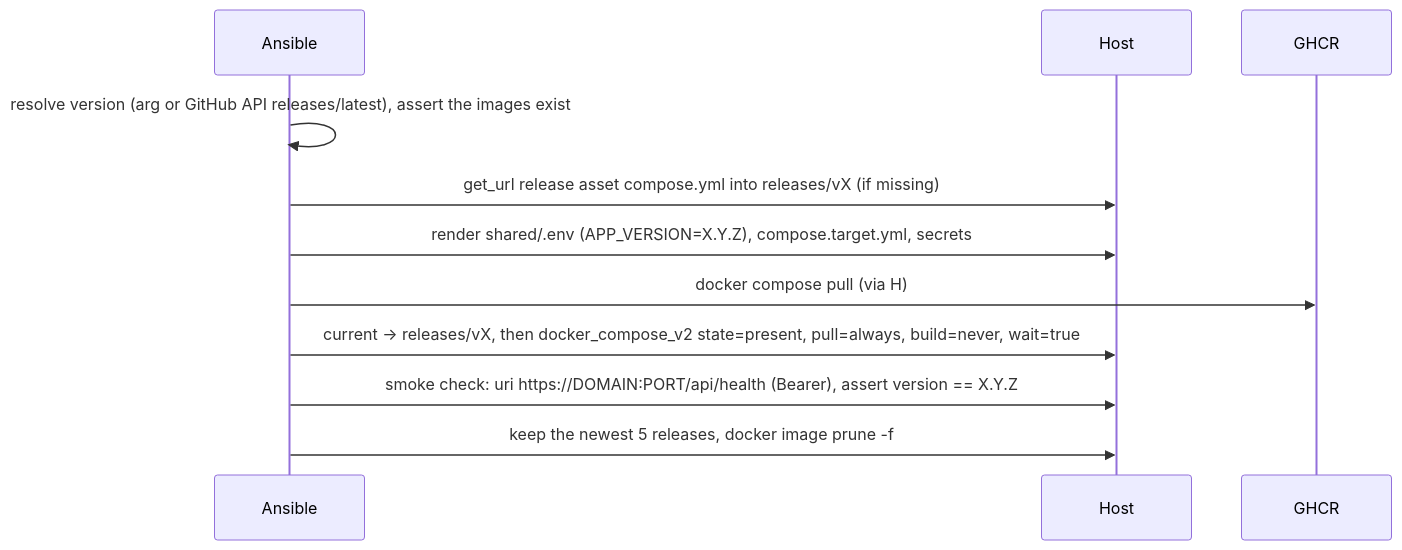
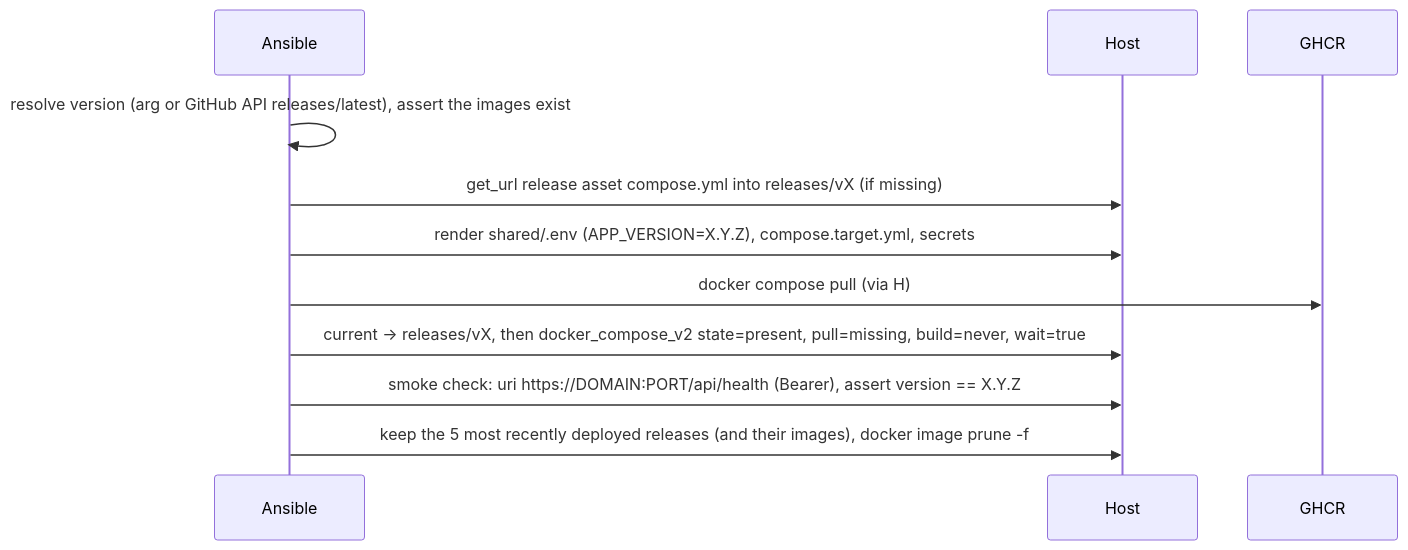
Before and after one commit to tillg/karpathy.ai: the fourth of 4 diagrams in specs/07_deployments/architecture.md, drawn with Mermaid. The commit also changed 15 other files, not shown here.

````diff
--- a/specs/07_deployments/architecture.md
+++ b/specs/07_deployments/architecture.md
@@ -277,13 +277,13 @@
 ```mermaid
 sequenceDiagram
   participant A as Ansible
   participant H as Host
   participant R as GHCR
   A->>A: resolve version (arg or GitHub API releases/latest), assert the images exist
   A->>H: get_url release asset compose.yml into releases/vX (if missing)
   A->>H: render shared/.env (APP_VERSION=X.Y.Z), compose.target.yml, secrets
   A->>R: docker compose pull (via H)
-  A->>H: current → releases/vX, then docker_compose_v2 state=present, pull=always, build=never, wait=true
+  A->>H: current → releases/vX, then docker_compose_v2 state=present, pull=missing, build=never, wait=true
   A->>H: smoke check: uri https://DOMAIN:PORT/api/health (Bearer), assert version == X.Y.Z
-  A->>H: keep the newest 5 releases, docker image prune -f
+  A->>H: keep the 5 most recently deployed releases (and their images), docker image prune -f
 ```
````
